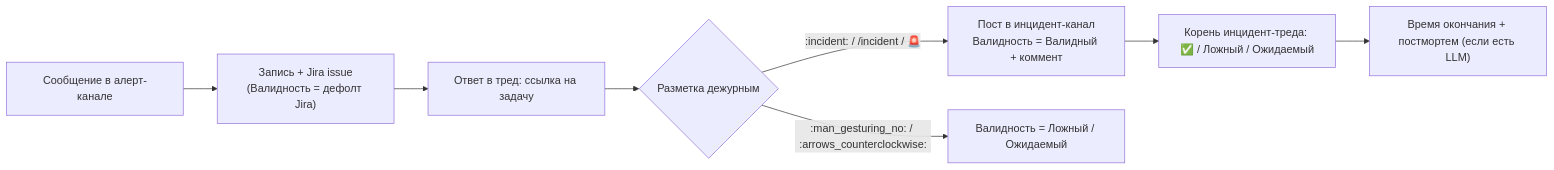
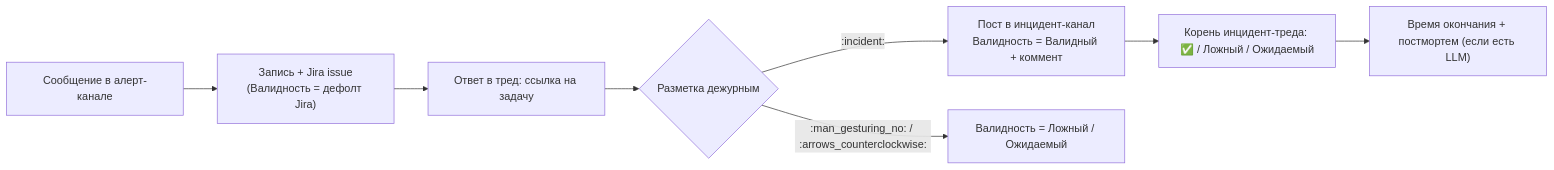
One commit to nytera/jira-mattermost changed the diagram in README.md. Above: the diagram before and after it, drawn with Mermaid. The commit also changed other lines of this file and 14 other files, not shown here.

````diff
--- a/README.md
+++ b/README.md
@@ -30,10 +29,10 @@
 ```mermaid
 flowchart LR
   A["Сообщение в алерт-канале"] --> B["Запись + Jira issue<br/>(Валидность = дефолт Jira)"]
   B --> C["Ответ в тред: ссылка на задачу"]
   C --> D{"Разметка дежурным"}
-  D -->|":incident: / /incident / 🚨"| E["Пост в инцидент-канал<br/>Валидность = Валидный + коммент"]
+  D -->|":incident:"| E["Пост в инцидент-канал<br/>Валидность = Валидный + коммент"]
   D -->|":man_gesturing_no: / :arrows_counterclockwise:"| F["Валидность = Ложный / Ожидаемый"]
   E --> G["Корень инцидент-треда: ✅ / Ложный / Ожидаемый"]
   G --> H["Время окончания + постмортем (если есть LLM)"]
 ```
````
